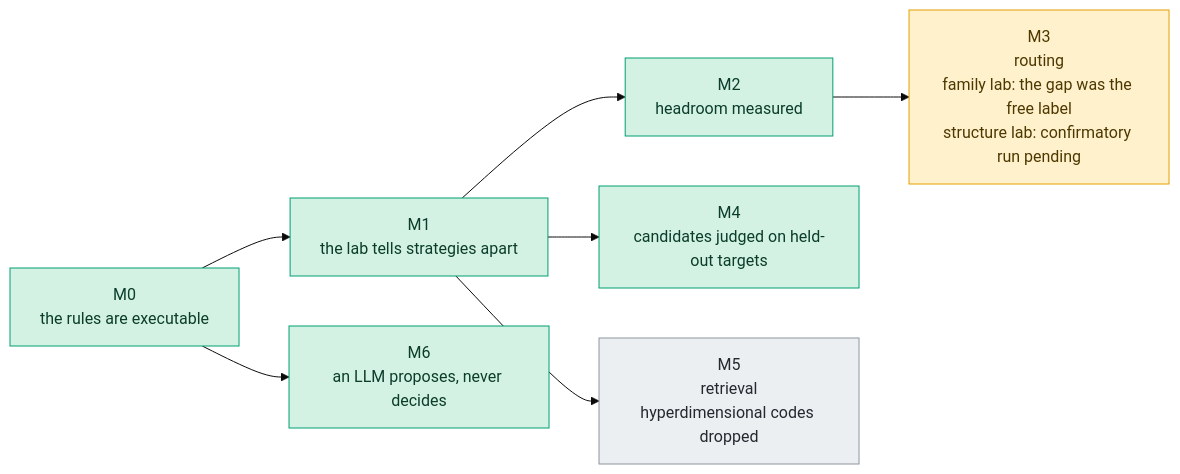
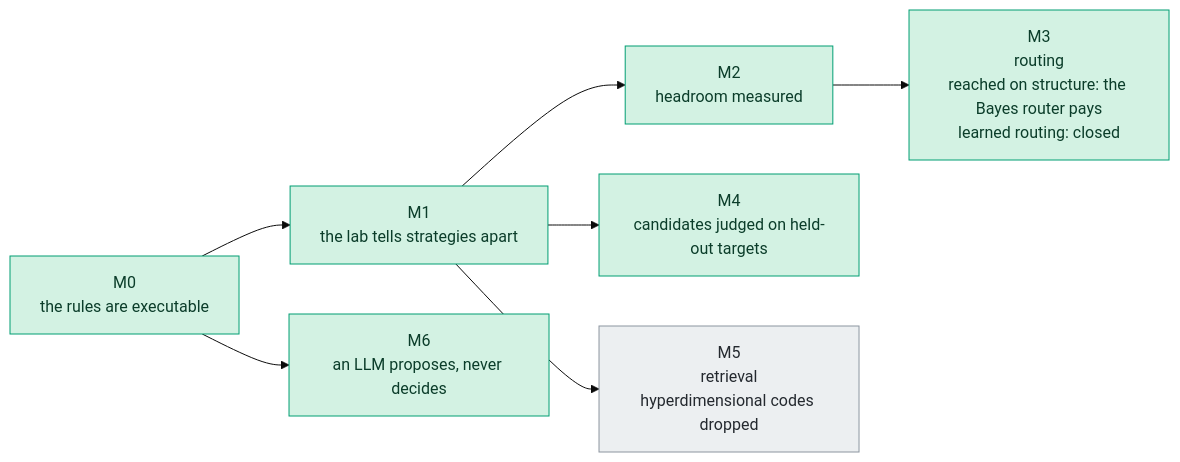
One commit to kmosoti/Metron changed the third of 4 diagrams in README.md. Above: the diagram before and after it, drawn with Mermaid (base theme). The commit also changed other lines of this file and 19 other files, not shown here.

First line of the commit message:
Reach M3: the Bayes router pays beyond its prefix; learned routing closed

````diff
--- a/README.md
+++ b/README.md
@@ -118,18 +118,17 @@
 ```mermaid
 flowchart LR
     M0["M0<br/>the rules are executable"]:::reached
     M1["M1<br/>the lab tells strategies apart"]:::reached
     M2["M2<br/>headroom measured"]:::reached
-    M3["M3<br/>routing<br/>family lab: the gap was the free label<br/>structure lab: confirmatory run pending"]:::open
+    M3["M3<br/>routing<br/>reached on structure: the Bayes router pays<br/>learned routing: closed"]:::reached
     M4["M4<br/>candidates judged on held-out targets"]:::reached
     M5["M5<br/>retrieval<br/>hyperdimensional codes dropped"]:::dropped
     M6["M6<br/>an LLM proposes, never decides"]:::reached
     M0 --> M1 --> M2 --> M3
     M1 --> M4
     M1 --> M5
     M0 --> M6
     classDef reached fill:#d3f2e3,stroke:#009E73,color:#0b3d2a
     classDef closed fill:#fde4d6,stroke:#D55E00,color:#5a1e00
-    classDef open fill:#fff1cc,stroke:#E69F00,color:#4d3800
     classDef dropped fill:#eceff1,stroke:#8c959f,color:#24292f
 ```
````
